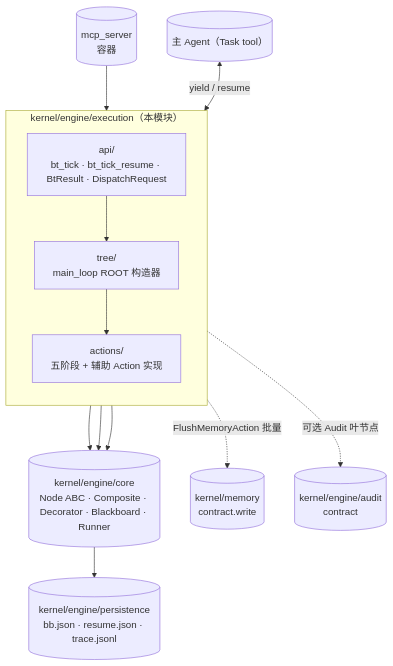
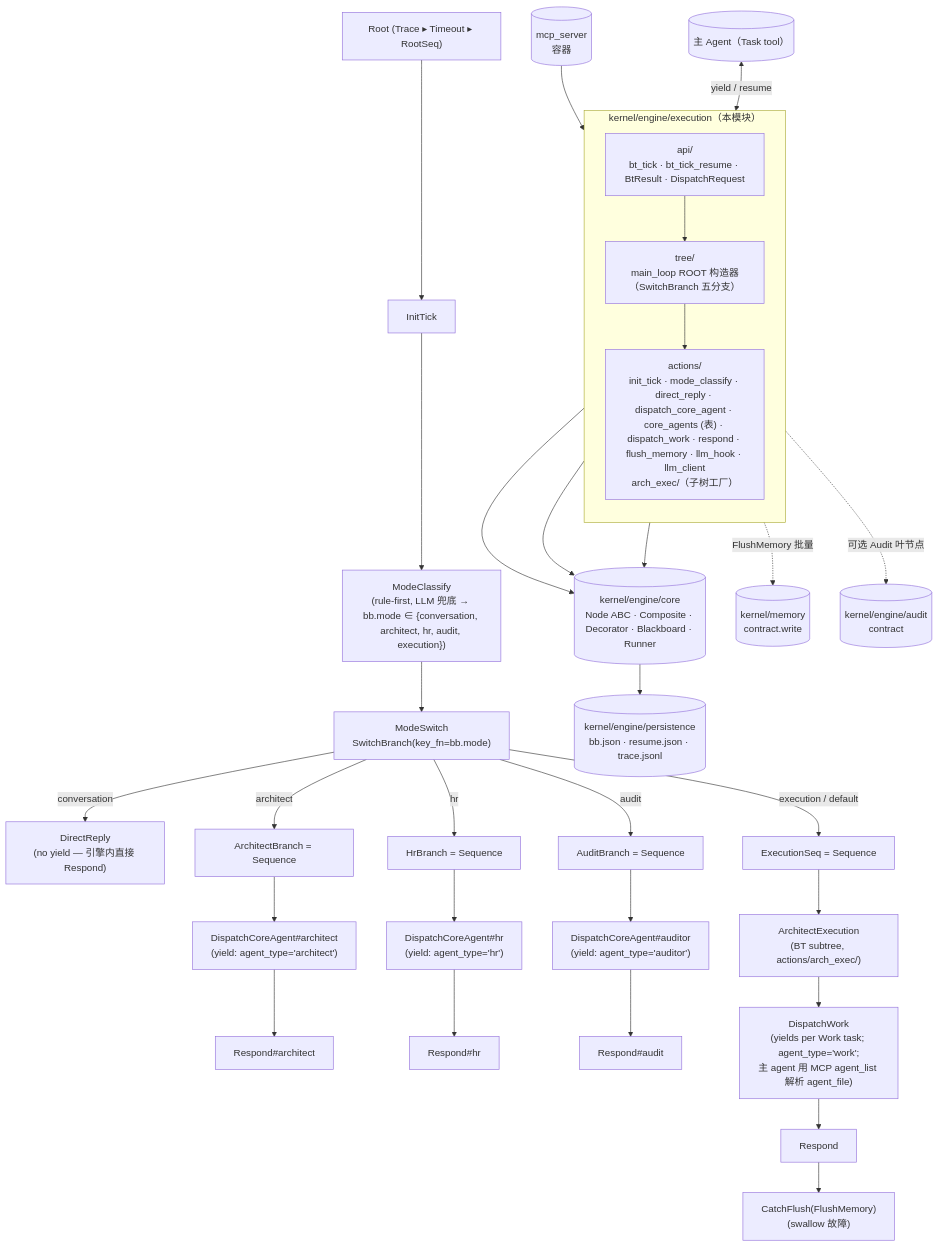
One commit to nan023062/agent-team-cc changed the diagram in v1/kernel/engine/execution/.dna/module.md. Above: the diagram before and after it, drawn with Mermaid. The commit also changed other lines of this file and 17 other files, not shown here.

First line of the commit message:
refactor(engine): introduce core-agent dispatch + extend mode classifier

````diff
--- a/v1/kernel/engine/execution/.dna/module.md
+++ b/v1/kernel/engine/execution/.dna/module.md
@@ -32,27 +32,49 @@
 ```mermaid
 flowchart TB
+    Root["Root (Trace ▸ Timeout ▸ RootSeq)"]
+    Init["InitTick"]
+    Classify["ModeClassify<br/>(rule-first, LLM 兜底 → bb.mode ∈ {conversation, architect, hr, audit, execution})"]
+    Switch["ModeSwitch<br/>SwitchBranch(key_fn=bb.mode)"]
+
+    Root --> Init --> Classify --> Switch
+
+    Switch -->|conversation| Direct["DirectReply<br/>(no yield — 引擎内直接 Respond)"]
+    Switch -->|architect| ArchB["ArchitectBranch = Sequence"]
+    Switch -->|hr| HrB["HrBranch = Sequence"]
+    Switch -->|audit| AuditB["AuditBranch = Sequence"]
+    Switch -->|execution / default| ExecSeq["ExecutionSeq = Sequence"]
+
+    ArchB --> DCAarch["DispatchCoreAgent#architect<br/>(yield: agent_type='architect')"] --> RespArch["Respond#architect"]
+    HrB --> DCAhr["DispatchCoreAgent#hr<br/>(yield: agent_type='hr')"] --> RespHr["Respond#hr"]
+    AuditB --> DCAaud["DispatchCoreAgent#auditor<br/>(yield: agent_type='auditor')"] --> RespAud["Respond#audit"]
+
+    ExecSeq --> ArchExec["ArchitectExecution<br/>(BT subtree, actions/arch_exec/)"]
+    ArchExec --> Work["DispatchWork<br/>(yields per Work task; agent_type='work';<br/>主 agent 用 MCP agent_list 解析 agent_file)"]
+    Work --> RespExec["Respond"]
+    RespExec --> CatchFlush["CatchFlush(FlushMemory)<br/>(swallow 故障)"]
+
     subgraph EXEC["kernel/engine/execution（本模块）"]
         direction TB
-        Actions["actions/<br/>五阶段 + 辅助 Action 实现"]
-        Tree["tree/<br/>main_loop ROOT 构造器"]
+        Actions["actions/<br/>init_tick · mode_classify · direct_reply · dispatch_core_agent · core_agents (表) · dispatch_work · respond · flush_memory · llm_hook · llm_client<br/>arch_exec/（子树工厂）"]
+        Tree["tree/<br/>main_loop ROOT 构造器（SwitchBranch 五分支）"]
         Api["api/<br/>bt_tick · bt_tick_resume · BtResult · DispatchRequest"]
     end
 
     Core[("kernel/engine/core<br/>Node ABC · Composite · Decorator · Blackboard · Runner")]
     MainAgent[("主 Agent（Task tool）")]
     Persist[("kernel/engine/persistence<br/>bb.json · resume.json · trace.jsonl")]
     Memory[("kernel/memory<br/>contract.write")]
-    Audit[("kernel/engine/audit<br/>contract")]
+    AuditMod[("kernel/engine/audit<br/>contract")]
     MCP[("mcp_server<br/>容器")]
 
     MCP --> Api
     MainAgent <-->|yield / resume| Api
     Api --> Tree
     Api --> Core
     Tree --> Core
     Tree --> Actions
     Actions --> Core
     Core --> Persist
-    Actions -.->|FlushMemoryAction 批量| Memory
-    Actions -.->|可选 Audit 叶节点| Audit
+    Actions -.->|FlushMemory 批量| Memory
+    Actions -.->|可选 Audit 叶节点| AuditMod
 ```
````
